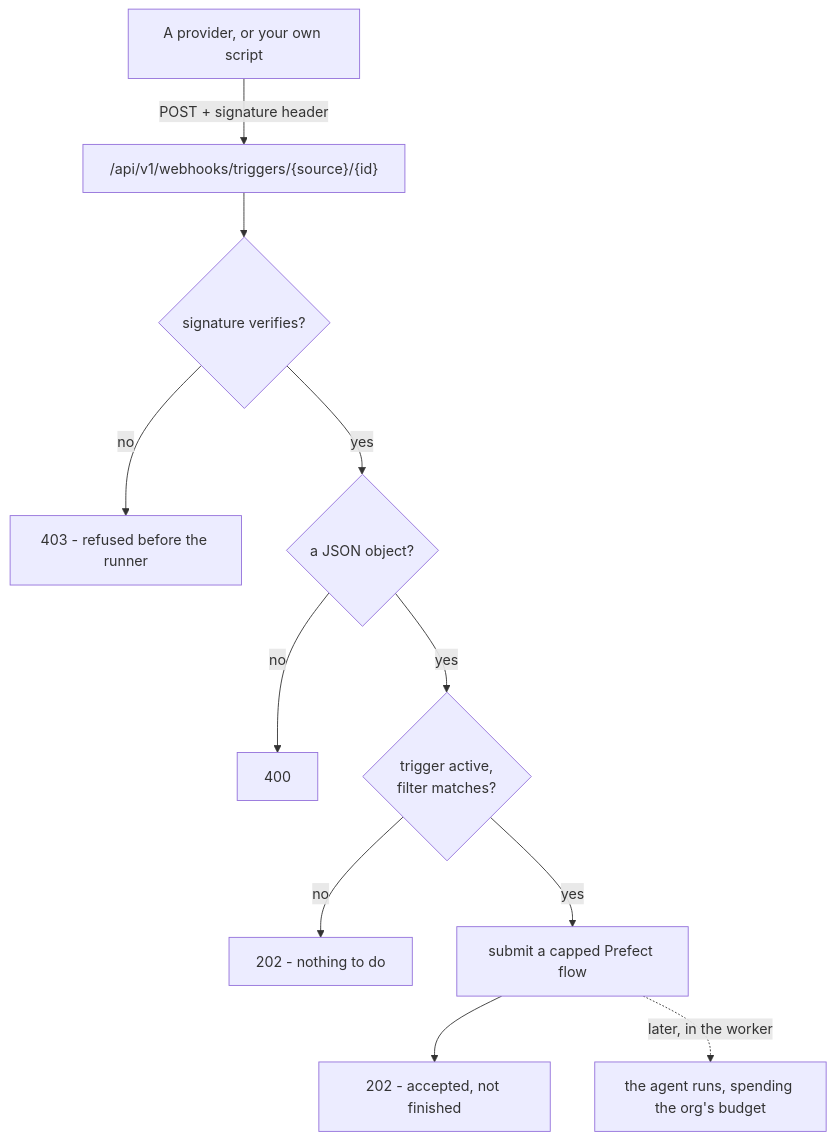
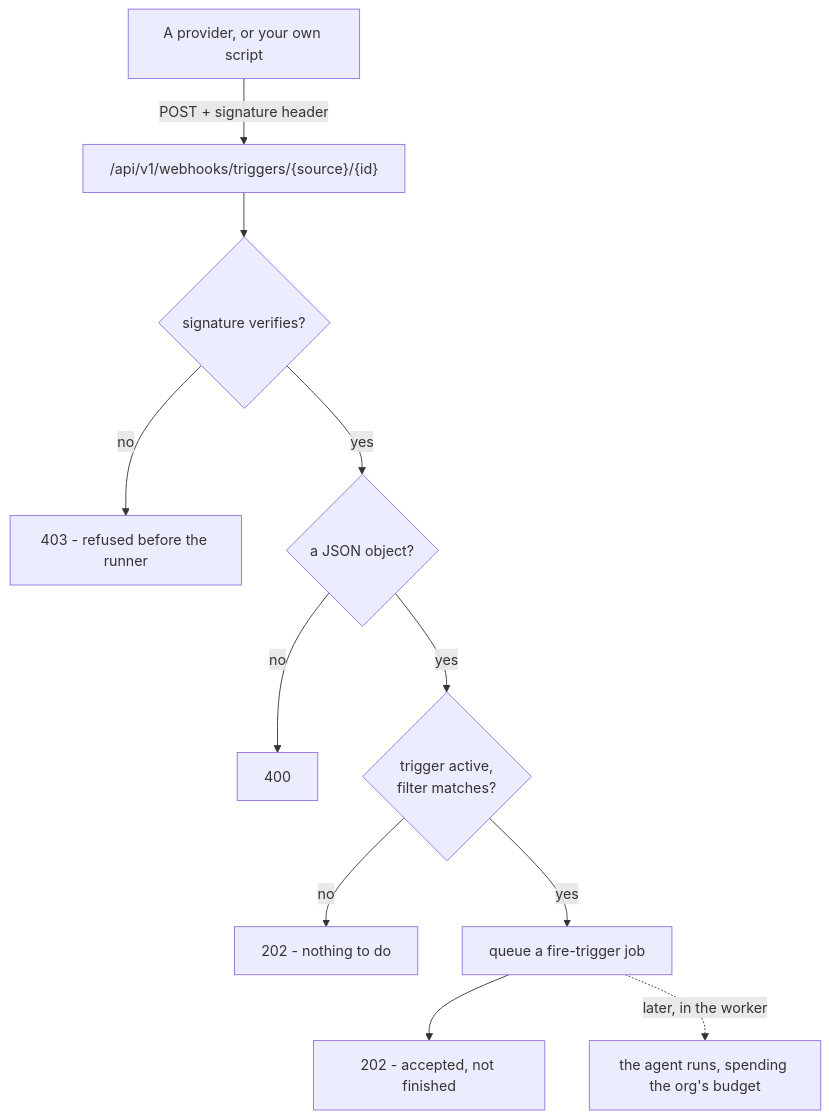
Before and after one commit to vstorm-co/agenticos: the diagram in docs/triggers.de.md, drawn with Mermaid. The commit also changed other lines of this file and 106 other files, not shown here.

First line of the commit message:
docs: describe the job queue, the worker and the async run API

````diff
--- a/docs/triggers.de.md
+++ b/docs/triggers.de.md
@@ -72,13 +89,13 @@
 ```mermaid
 flowchart TD
     P[A provider, or your own script] -->|POST + signature header| W["/api/v1/webhooks/triggers/{source}/{id}"]
     W --> V{signature verifies?}
     V -->|no| R403["403 - refused before the runner"]
     V -->|yes| J{a JSON object?}
     J -->|no| R400["400"]
     J -->|yes| F{trigger active,<br/>filter matches?}
     F -->|no| R202["202 - nothing to do"]
-    F -->|yes| SUB["submit a capped Prefect flow"]
+    F -->|yes| SUB["queue a fire-trigger job"]
     SUB --> R202b["202 - accepted, not finished"]
     SUB -.->|later, in the worker| RUN[the agent runs, spending the org's budget]
 ```
````
